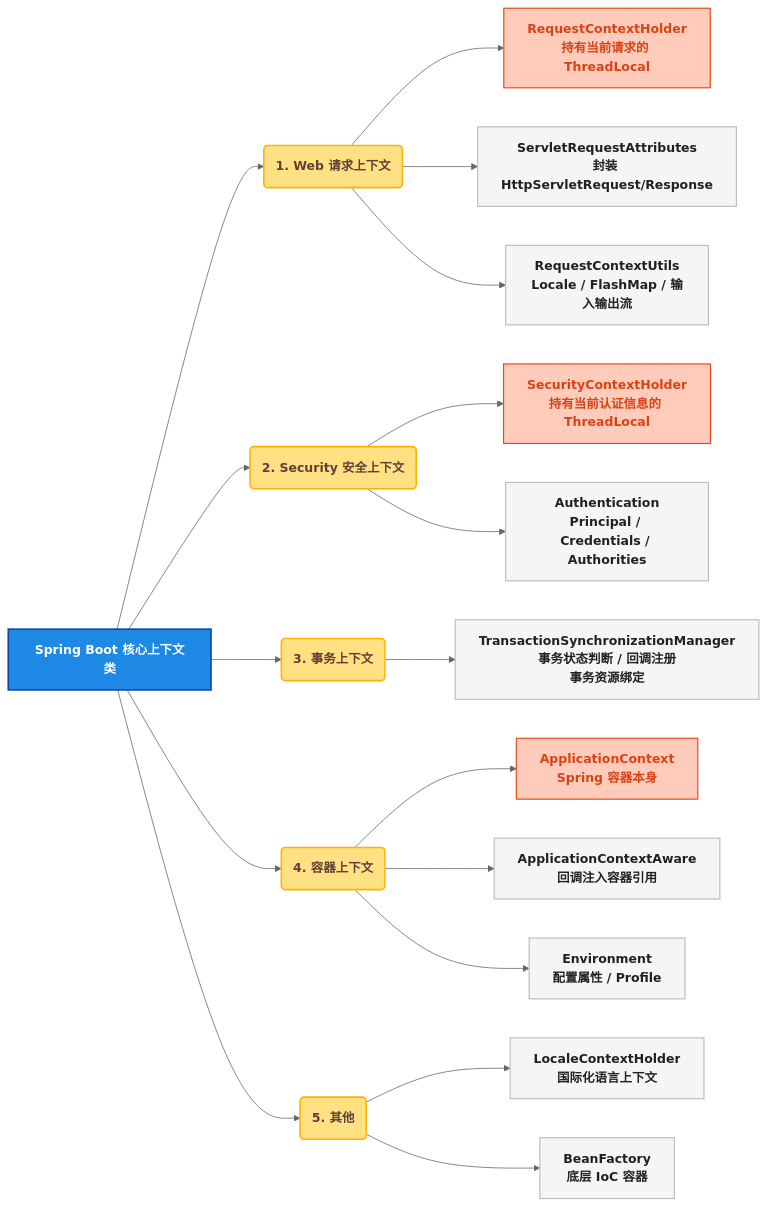
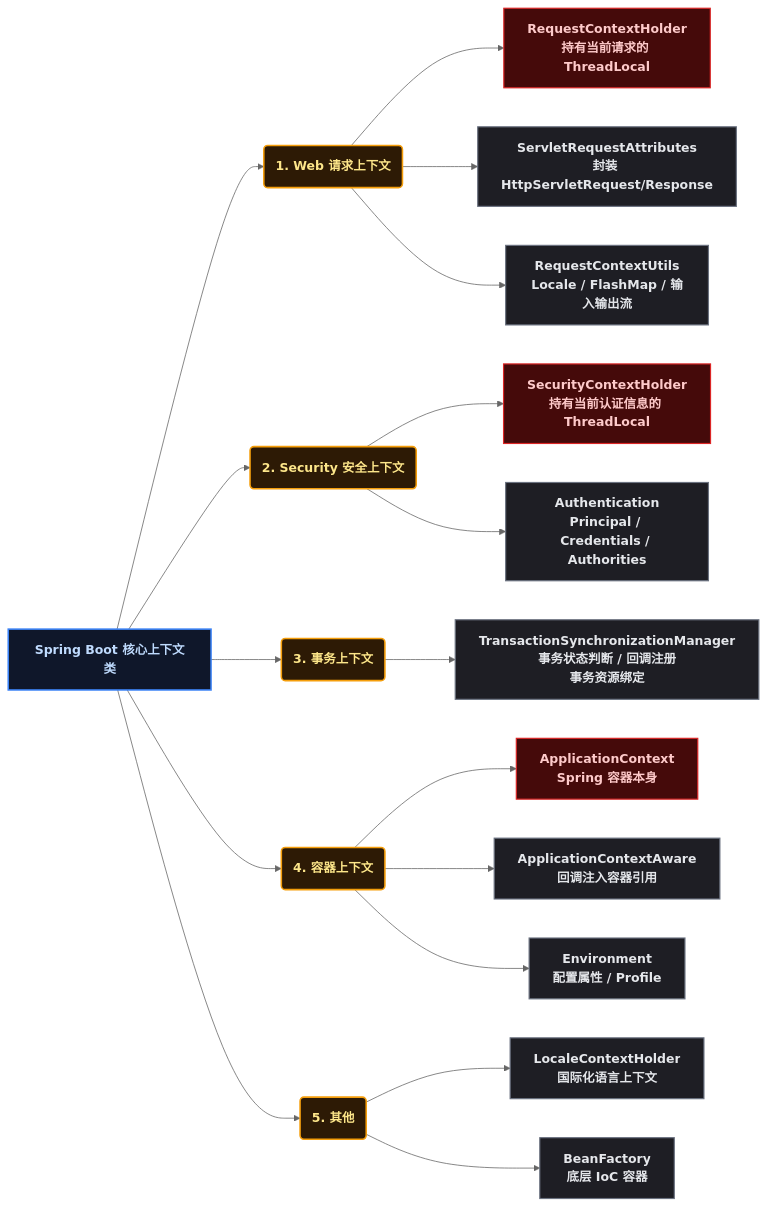
The first of 5 diagrams in content/posts/spring/SpringBootContextClasses.md (yaocat55/yaocat55.github.io), drawn with Mermaid (neutral theme) before and after one commit. The commit also changed other lines of this file and 155 other files, not shown here.

````diff
--- a/content/posts/spring/SpringBootContextClasses.md
+++ b/content/posts/spring/SpringBootContextClasses.md
@@ -51,35 +51,35 @@
 ```mermaid
 flowchart LR
-    classDef root fill:#1E88E5,stroke:#0D47A1,stroke-width:2px,color:#FFFFFF,font-weight:bold;
-    classDef branch fill:#FFE082,stroke:#FFB300,stroke-width:2px,color:#5D4037,font-weight:bold;
-    classDef leaf fill:#F5F5F5,stroke:#BDBDBD,stroke-width:1.5px,color:#212121;
-    classDef highlight fill:#FFCCBC,stroke:#E64A19,stroke-width:1.5px,color:#D84315,font-weight:bold;
+classDef root fill:#0f172a,stroke:#3b82f6,stroke-width:2px,color:#bfdbfe,font-weight:bold;
+classDef branch fill:#2d1a05,stroke:#f59e0b,stroke-width:2px,color:#fde68a,font-weight:bold;
+classDef leaf fill:#1e1e24,stroke:#6b7280,stroke-width:1.5px,color:#e5e7eb;
+classDef highlight fill:#450a0a,stroke:#dc2626,stroke-width:1.5px,color:#fecaca,font-weight:bold;
 
     ROOT[Spring Boot 核心上下文类]
 
     ROOT --> B1(1. Web 请求上下文)
     B1 --> L1["RequestContextHolder\n持有当前请求的 ThreadLocal"]
     B1 --> L2["ServletRequestAttributes\n封装 HttpServletRequest/Response"]
     B1 --> L3["RequestContextUtils\nLocale / FlashMap / 输入输出流"]
 
     ROOT --> B2(2. Security 安全上下文)
     B2 --> L4["SecurityContextHolder\n持有当前认证信息的 ThreadLocal"]
     B2 --> L5["Authentication\nPrincipal / Credentials / Authorities"]
 
     ROOT --> B3(3. 事务上下文)
     B3 --> L6["TransactionSynchronizationManager\n事务状态判断 / 回调注册\n事务资源绑定"]
 
     ROOT --> B4(4. 容器上下文)
     B4 --> L7["ApplicationContext\nSpring 容器本身"]
     B4 --> L8["ApplicationContextAware\n回调注入容器引用"]
     B4 --> L9["Environment\n配置属性 / Profile"]
 
     ROOT --> B5(5. 其他)
     B5 --> L10["LocaleContextHolder\n国际化语言上下文"]
     B5 --> L11["BeanFactory\n底层 IoC 容器"]
 
     class ROOT root;
     class B1,B2,B3,B4,B5 branch;
     class L1,L2,L3,L4,L5,L6,L7,L8,L9,L10,L11 leaf;
     class L1,L4,L7 highlight;
 ```
````
